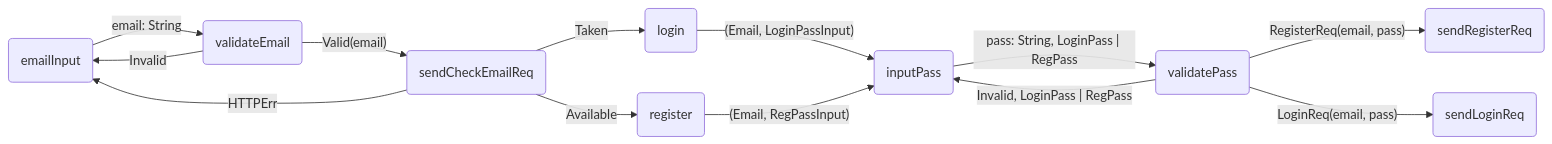
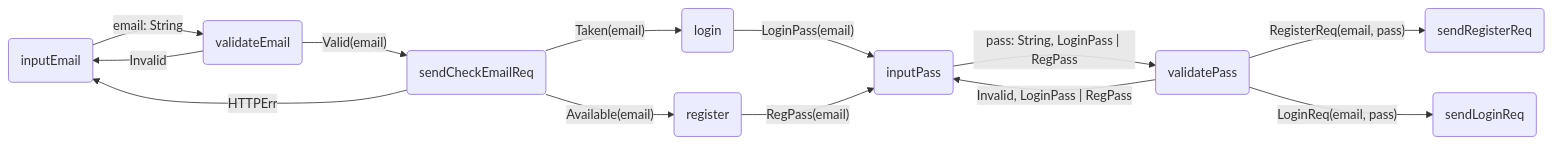
One commit to ILIYANGERMANOV/sense-lang changed the diagram in README.md. Above: the diagram before and after it, drawn with Mermaid. The commit also changed other lines of this file, not shown here.

````diff
--- a/README.md
+++ b/README.md
@@ -49,30 +49,30 @@
 ```mermaid
 graph LR;
 
-emailInput(emailInput)  
+emailInput(inputEmail)  
 validateEmail(validateEmail)  
 sendCheckEmailReq(sendCheckEmailReq)  
 login(login)
 register(register)  
 inputPass(inputPass)
 validatePass(validatePass)
 sendLoginReq(sendLoginReq)
 sendRegisterReq(sendRegisterReq)  
   
 emailInput -- "email: String" --> validateEmail
 validateEmail -- "Valid(email)" --> sendCheckEmailReq
 validateEmail -- "Invalid" --> emailInput  
   
-sendCheckEmailReq -- "Taken" --> login
-sendCheckEmailReq -- "Available" --> register
+sendCheckEmailReq -- "Taken(email)" --> login
+sendCheckEmailReq -- "Available(email)" --> register
 sendCheckEmailReq -- "HTTPErr" --> emailInput
   
-login -- "(Email, LoginPassInput)" --> inputPass
-register -- "(Email, RegPassInput)" --> inputPass  
+login -- "LoginPass(email)" --> inputPass
+register -- "RegPass(email)" --> inputPass  
 
 inputPass -- "pass: String, LoginPass | RegPass" --> validatePass
 validatePass -- "Invalid, LoginPass | RegPass" --> inputPass
   
 validatePass -- "RegisterReq(email, pass)" --> sendRegisterReq
 validatePass -- "LoginReq(email, pass)" --> sendLoginReq    
 ```
````
